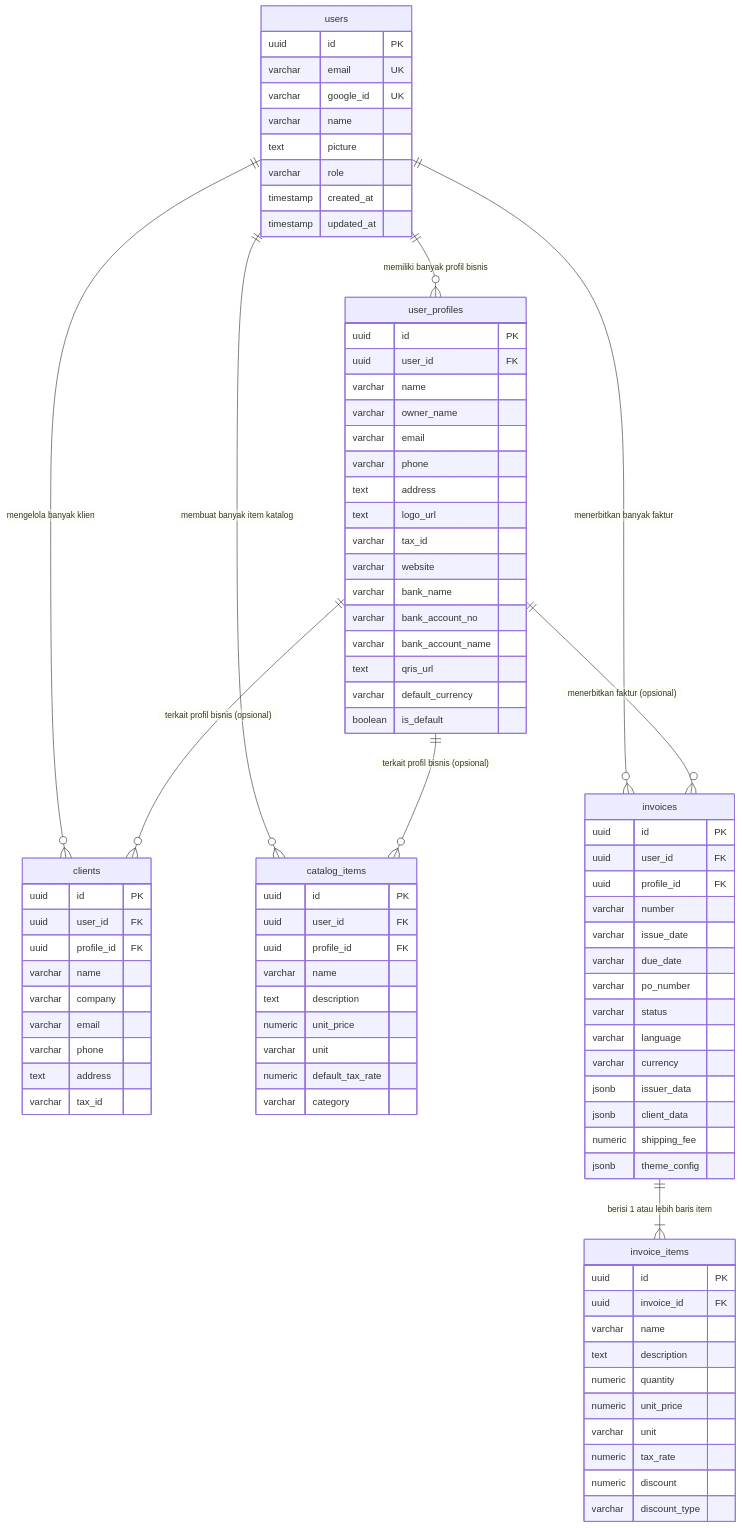
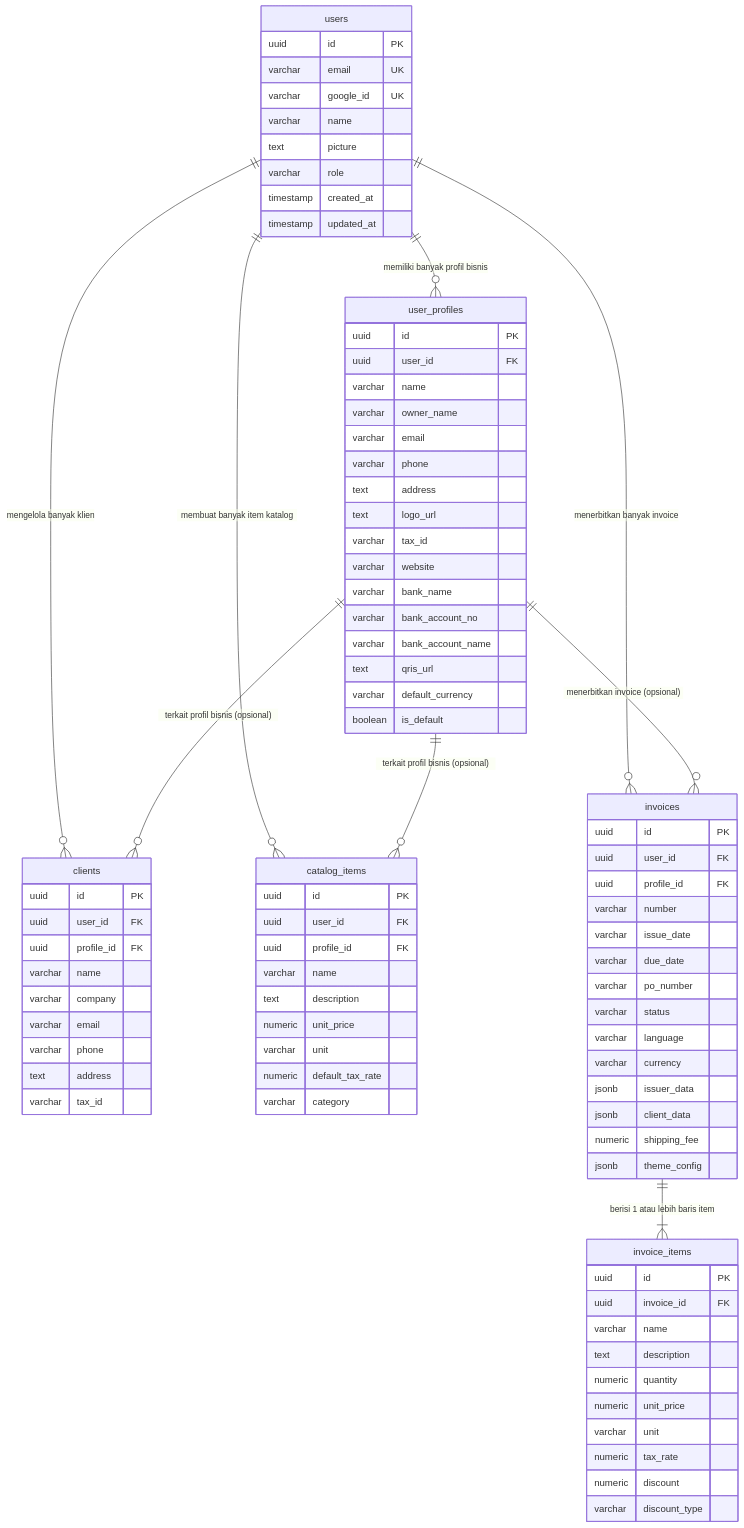
One commit to 99apps-id/invoice-maker changed the diagram in docs/DATABASE_SCHEMA.md. Above: the diagram before and after it, drawn with Mermaid. The commit also changed other lines of this file and 19 other files, not shown here.

```diff
--- a/docs/DATABASE_SCHEMA.md
+++ b/docs/DATABASE_SCHEMA.md
@@ -11,11 +11,11 @@
     users ||--o{ user_profiles : "memiliki banyak profil bisnis"
     users ||--o{ clients : "mengelola banyak klien"
     users ||--o{ catalog_items : "membuat banyak item katalog"
-    users ||--o{ invoices : "menerbitkan banyak faktur"
+    users ||--o{ invoices : "menerbitkan banyak invoice"
     
     user_profiles ||--o{ clients : "terkait profil bisnis (opsional)"
     user_profiles ||--o{ catalog_items : "terkait profil bisnis (opsional)"
-    user_profiles ||--o{ invoices : "menerbitkan faktur (opsional)"
+    user_profiles ||--o{ invoices : "menerbitkan invoice (opsional)"
     
     invoices ||--|{ invoice_items : "berisi 1 atau lebih baris item"
 
```
